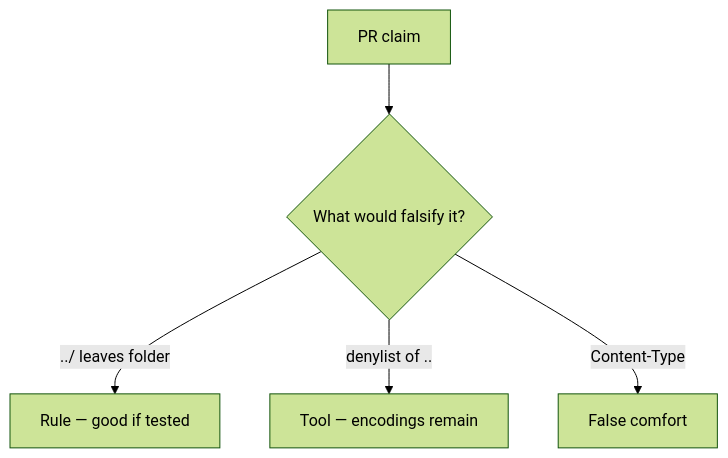
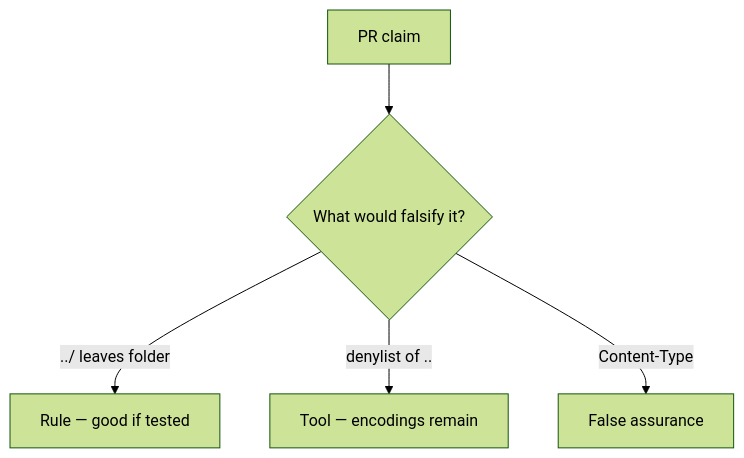
One commit to ishitvagoel/LearnSecurity changed the diagram in content/modules/6/6.4/lessons/08-review.md. Above: the diagram before and after it, drawn with Mermaid (forest theme). The commit also changed other lines of this file and 240 other files, not shown here.

````diff
--- a/content/modules/6/6.4/lessons/08-review.md
+++ b/content/modules/6/6.4/lessons/08-review.md
@@ -18,7 +18,7 @@
 ```mermaid
 flowchart TD
   Claim[PR claim] --> Q{"What would falsify it?"}
   Q -->|"../ leaves folder"| Property["Rule — good if tested"]
   Q -->|"denylist of .."| Mechanism[Tool — encodings remain]
-  Q -->|"Content-Type"| False[False comfort]
+  Q -->|"Content-Type"| False[False assurance]
 ```
````
